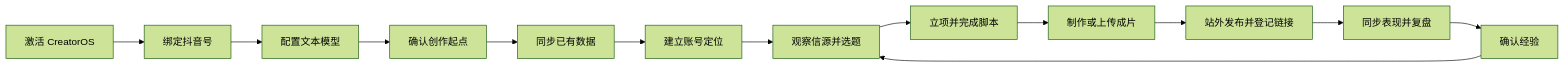
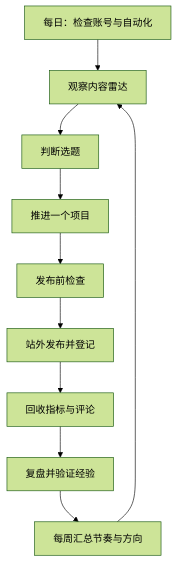
One commit to zzyong24/Thirdspace-creator changed the second of 2 diagrams in docs/CreatorOS-新用户0到1标杆路线.md. Above: the diagram before and after it, drawn with Mermaid (forest theme). The commit also changed other lines of this file and 1 other file, not shown here.

Commit message:
docs: rewrite CreatorOS complete user manual

````diff
--- a/docs/CreatorOS-新用户0到1标杆路线.md
+++ b/docs/CreatorOS-新用户0到1标杆路线.md
@@ -19,15 +2205,12 @@
 ```mermaid
-flowchart LR
-    A["激活 CreatorOS"] --> B["绑定抖音号"]
-    B --> C["配置文本模型"]
-    C --> D["确认创作起点"]
-    D --> E["同步已有数据"]
-    E --> F["建立账号定位"]
-    F --> G["观察信源并选题"]
-    G --> H["立项并完成脚本"]
-    H --> I["制作或上传成片"]
-    I --> J["站外发布并登记链接"]
-    J --> K["同步表现并复盘"]
-    K --> L["确认经验"]
-    L --> G
+flowchart TD
+    A["每日：检查账号与自动化"] --> B["观察内容雷达"]
+    B --> C["判断选题"]
+    C --> D["推进一个项目"]
+    D --> E["发布前检查"]
+    E --> F["站外发布并登记"]
+    F --> G["回收指标与评论"]
+    G --> H["复盘并验证经验"]
+    H --> I["每周汇总节奏与方向"]
+    I --> B
 ```
````
